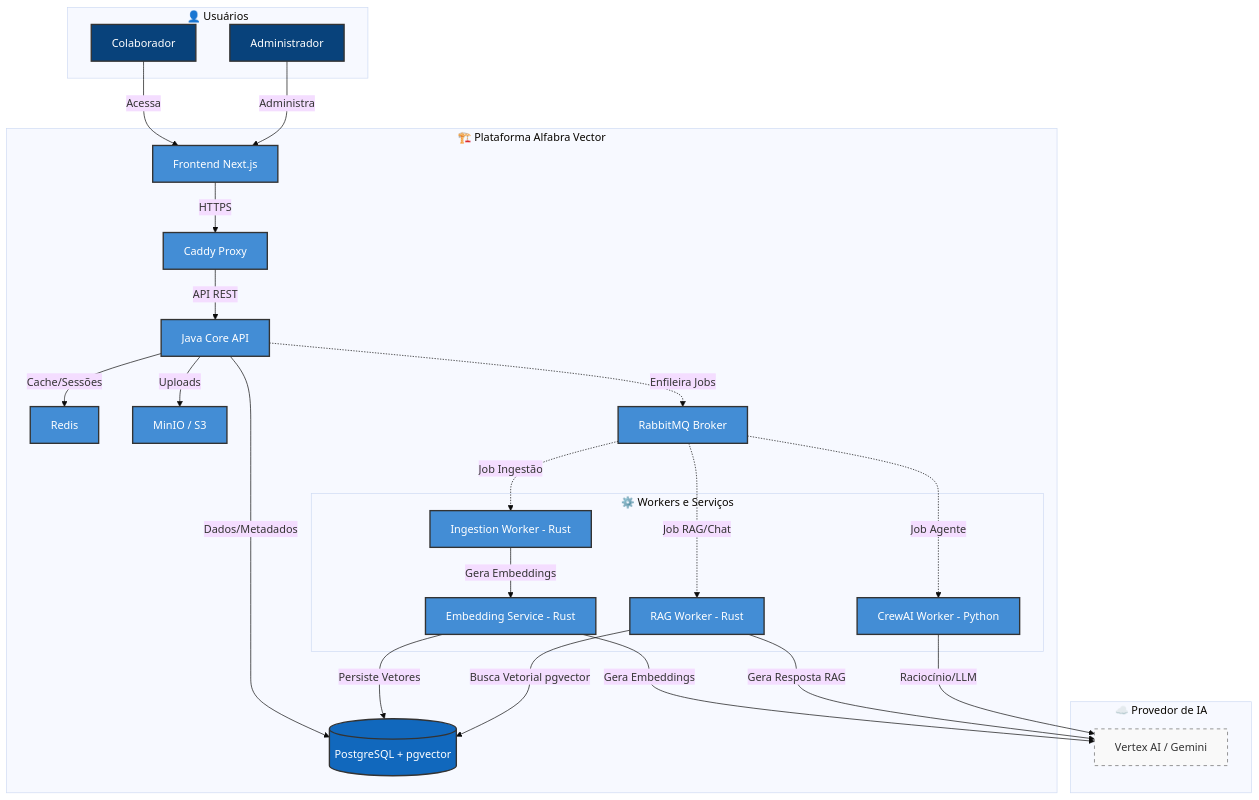
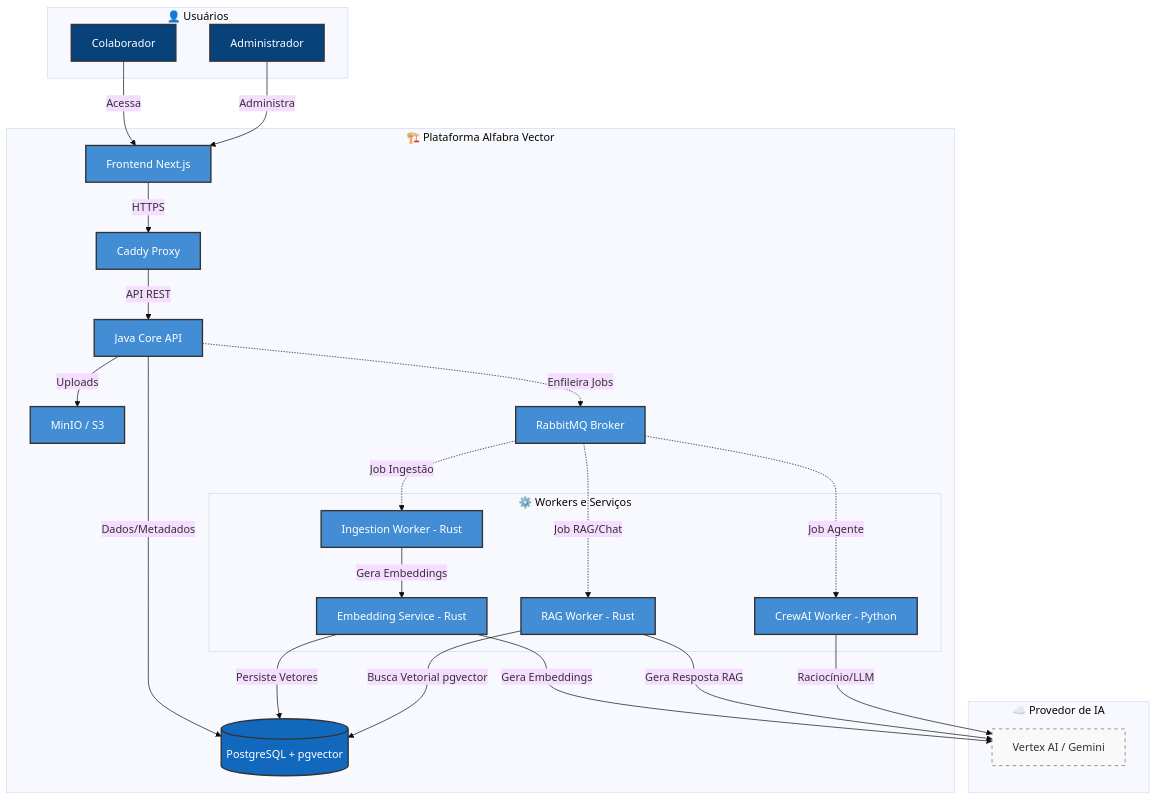
The diagram in README.md (Tavaressan/delphos), drawn with Mermaid (base theme) before and after one commit. The commit also changed other lines of this file and 6 other files, not shown here.

````diff
--- a/README.md
+++ b/README.md
@@ -11,53 +11,52 @@
 ```mermaid
 graph TD
     subgraph Users ["👤 Usuários"]
         U[Colaborador]
         A[Administrador]
     end
 
     U -->|Acessa| FE[Frontend Next.js]
     A -->|Administra| FE
 
     subgraph Platform ["🏗️ Plataforma Alfabra Vector"]
         FE -->|HTTPS| CX[Caddy Proxy]
         CX -->|API REST| JC[Java Core API]
         
-        JC -->|Cache/Sessões| RD[Redis]
         JC -->|Dados/Metadados| PG[(PostgreSQL + pgvector)]
         JC -->|Uploads| MO[MinIO / S3]
         JC -.->|Enfileira Jobs| RMQ[RabbitMQ Broker]
 
         subgraph Processors ["⚙️ Workers e Serviços"]
             IW[Ingestion Worker - Rust]
             RGW[RAG Worker - Rust]
             CW[CrewAI Worker - Python]
             ES[Embedding Service - Rust]
         end
 
         RMQ -.->|Job Ingestão| IW
         RMQ -.->|Job RAG/Chat| RGW
         RMQ -.->|Job Agente| CW
 
         IW -->|Gera Embeddings| ES
         ES -->|Persiste Vetores| PG
         RGW -->|Busca Vetorial pgvector| PG
     end
 
     subgraph External ["☁️ Provedor de IA"]
         VAI[Vertex AI / Gemini]
     end
 
     ES -->|Gera Embeddings| VAI
     RGW -->|Gera Resposta RAG| VAI
     CW -->|Raciocínio/LLM| VAI
 
     classDef user fill:#08427b,color:#fff,stroke:#333,stroke-width:2px;
     classDef platform fill:#438dd5,color:#fff,stroke:#333,stroke-width:2px;
     classDef db fill:#1168bd,color:#fff,stroke:#333,stroke-width:2px;
     classDef external fill:#f9f9f9,color:#333,stroke:#666,stroke-dasharray: 5 5;
 
     class U,A user;
     class FE,CX,JC,MO,RD,IW,RGW,CW,ES,RMQ platform;
     class PG db;
     class VAI external;
 ```
````
